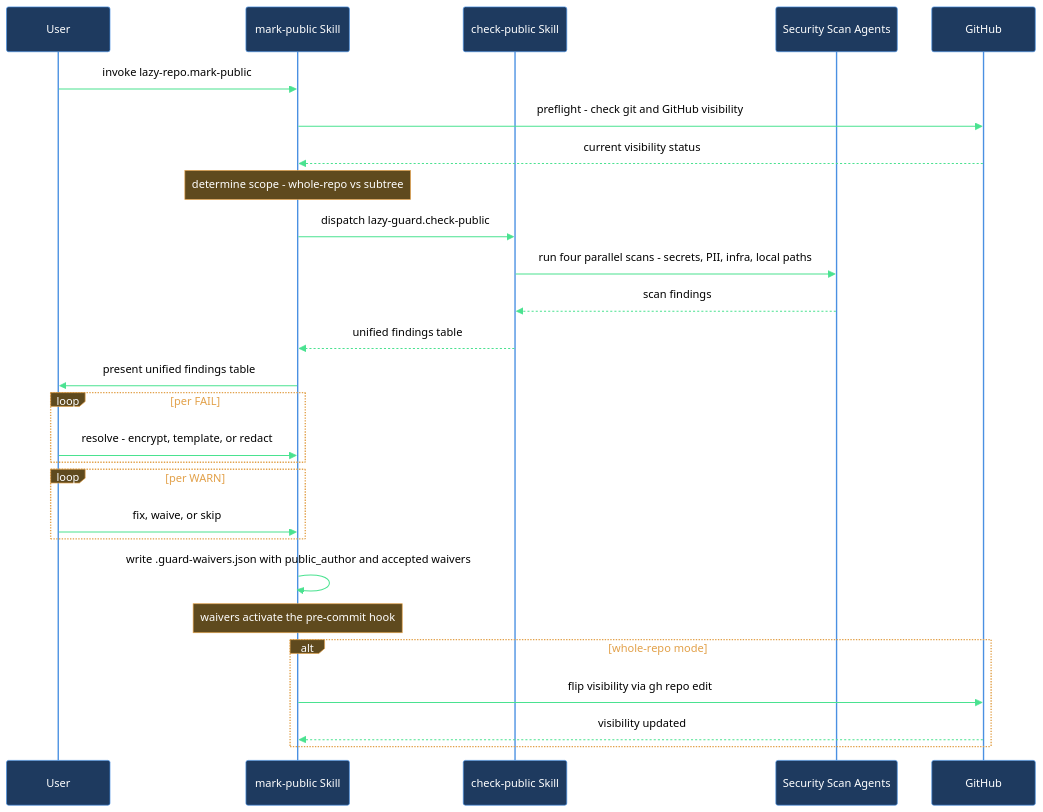
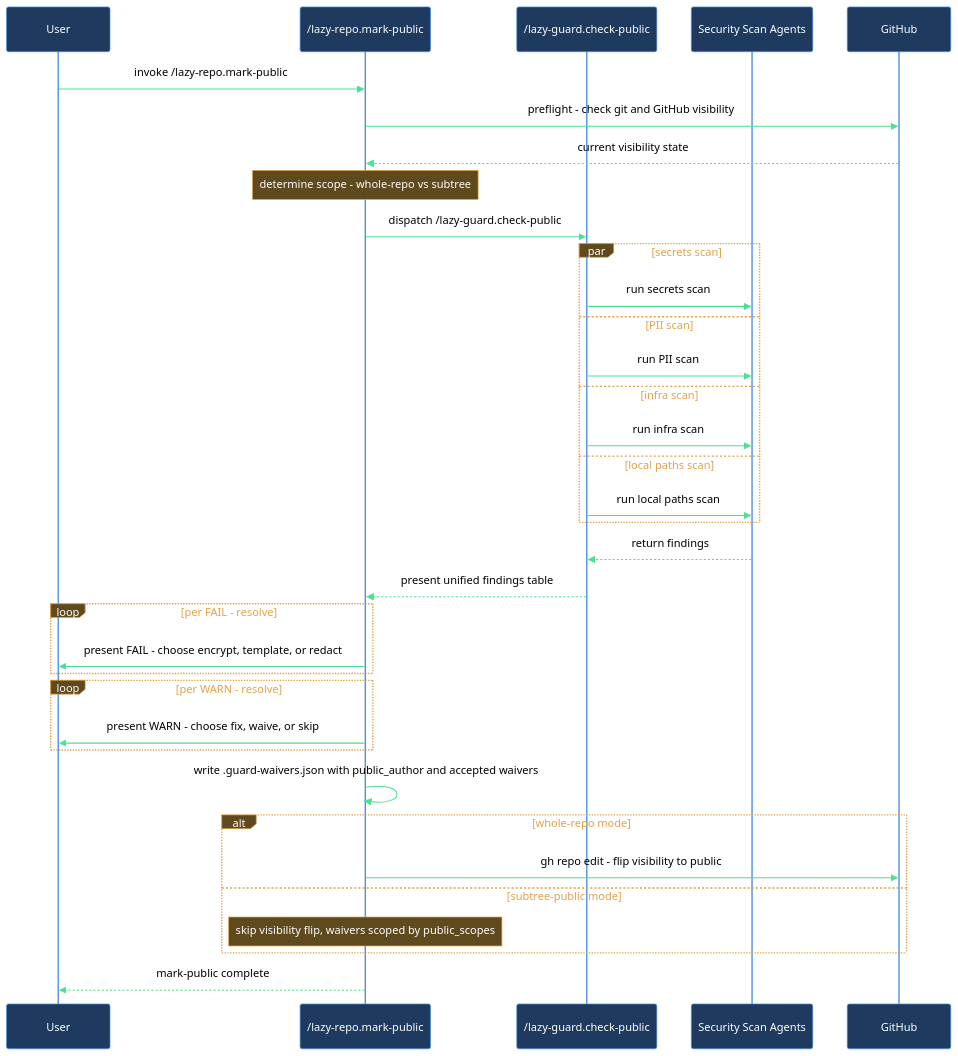
One commit to mebius-san/lazy-cortex changed the diagram in claude/lazycortex-core/help/walkthroughs/make-repo-public.md. Above: the diagram before and after it, drawn with Mermaid. The commit also changed other lines of this file and 37 other files, not shown here.

````diff
--- a/claude/lazycortex-core/help/walkthroughs/make-repo-public.md
+++ b/claude/lazycortex-core/help/walkthroughs/make-repo-public.md
@@ -120,31 +120,39 @@
 ```mermaid
 %%{init: {'themeVariables':{'background':'transparent','primaryColor':'#1e3a5f','primaryBorderColor':'#4a90e2','primaryTextColor':'#fff','lineColor':'#4ae290','actorBkg':'#1e3a5f','actorBorder':'#4a90e2','actorTextColor':'#fff','actorLineColor':'#4a90e2','signalColor':'#4ae290','signalTextColor':'#000','noteBkgColor':'#5f4a1e','noteBorderColor':'#e2a14a','noteTextColor':'#fff','labelBoxBkgColor':'#5f4a1e','labelBoxBorderColor':'#e2a14a','labelTextColor':'#fff','loopTextColor':'#e2a14a'},'sequence':{'diagramPadding':5,'useMaxWidth':true}}}%%
 sequenceDiagram
   participant user as User
-  participant markPublicSkill as mark-public Skill
-  participant checkPublicSkill as check-public Skill
-  participant securityScanAgents as Security Scan Agents
+  participant markPublic as /lazy-repo.mark-public
+  participant checkPublic as /lazy-guard.check-public
+  participant scanAgents as Security Scan Agents
   participant github as GitHub
 
-  user->>markPublicSkill: invoke lazy-repo.mark-public
-  markPublicSkill->>github: preflight - check git and GitHub visibility
-  github-->>markPublicSkill: current visibility status
-  Note over markPublicSkill: determine scope - whole-repo vs subtree
-  markPublicSkill->>checkPublicSkill: dispatch lazy-guard.check-public
-  checkPublicSkill->>securityScanAgents: run four parallel scans - secrets, PII, infra, local paths
-  securityScanAgents-->>checkPublicSkill: scan findings
-  checkPublicSkill-->>markPublicSkill: unified findings table
-  markPublicSkill->>user: present unified findings table
-  loop per FAIL
-    user->>markPublicSkill: resolve - encrypt, template, or redact
+  user->>markPublic: invoke /lazy-repo.mark-public
+  markPublic->>github: preflight - check git and GitHub visibility
+  github-->>markPublic: current visibility state
+  Note over markPublic: determine scope - whole-repo vs subtree
+  markPublic->>checkPublic: dispatch /lazy-guard.check-public
+  par secrets scan
+    checkPublic->>scanAgents: run secrets scan
+  and PII scan
+    checkPublic->>scanAgents: run PII scan
+  and infra scan
+    checkPublic->>scanAgents: run infra scan
+  and local paths scan
+    checkPublic->>scanAgents: run local paths scan
   end
-  loop per WARN
-    user->>markPublicSkill: fix, waive, or skip
+  scanAgents-->>checkPublic: return findings
+  checkPublic-->>markPublic: present unified findings table
+  loop per FAIL - resolve
+    markPublic->>user: present FAIL - choose encrypt, template, or redact
   end
-  markPublicSkill->>markPublicSkill: write .guard-waivers.json with public_author and accepted waivers
-  Note over markPublicSkill: waivers activate the pre-commit hook
+  loop per WARN - resolve
+    markPublic->>user: present WARN - choose fix, waive, or skip
+  end
+  markPublic->>markPublic: write .guard-waivers.json with public_author and accepted waivers
   alt whole-repo mode
-    markPublicSkill->>github: flip visibility via gh repo edit
-    github-->>markPublicSkill: visibility updated
+    markPublic->>github: gh repo edit - flip visibility to public
+  else subtree-public mode
+    Note over markPublic: skip visibility flip, waivers scoped by public_scopes
   end
+  markPublic-->>user: mark-public complete
 ```
````
